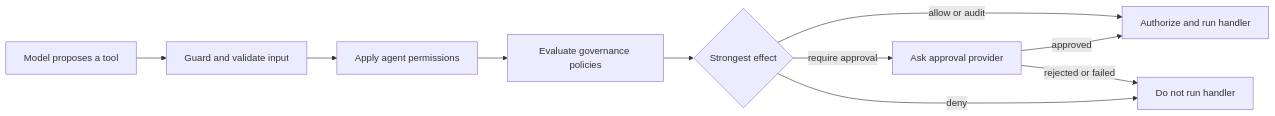
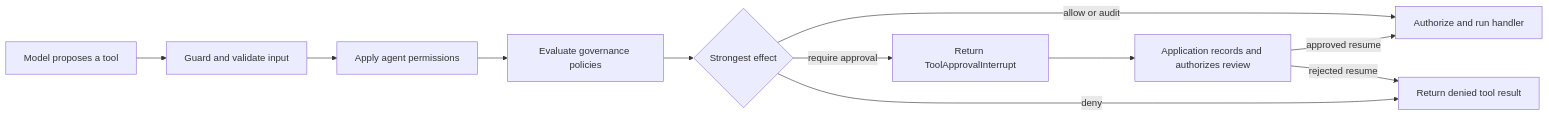
One commit to puristajs/purista changed the diagram in web/src/content/handbook/harness/secure-and-govern/governance-policies.md. Above: the diagram before and after it, drawn with Mermaid. The commit also changed other lines of this file and 89 other files, not shown here.

````diff
--- a/web/src/content/handbook/harness/secure-and-govern/governance-policies.md
+++ b/web/src/content/handbook/harness/secure-and-govern/governance-policies.md
@@ -58,12 +58,13 @@
 ```mermaid title="Where governance runs"
 flowchart LR
   model[Model proposes a tool] --> prepare[Guard and validate input]
   prepare --> permissions[Apply agent permissions]
   permissions --> policies[Evaluate governance policies]
   policies --> decision{Strongest effect}
   decision -->|allow or audit| handler[Authorize and run handler]
-  decision -->|require approval| approval[Ask approval provider]
-  approval -->|approved| handler
-  approval -->|rejected or failed| blocked[Do not run handler]
+  decision -->|require approval| interrupt[Return ToolApprovalInterrupt]
+  interrupt --> review[Application records and authorizes review]
+  review -->|approved resume| handler
+  review -->|rejected resume| blocked[Return denied tool result]
   decision -->|deny| blocked
 ```
````
